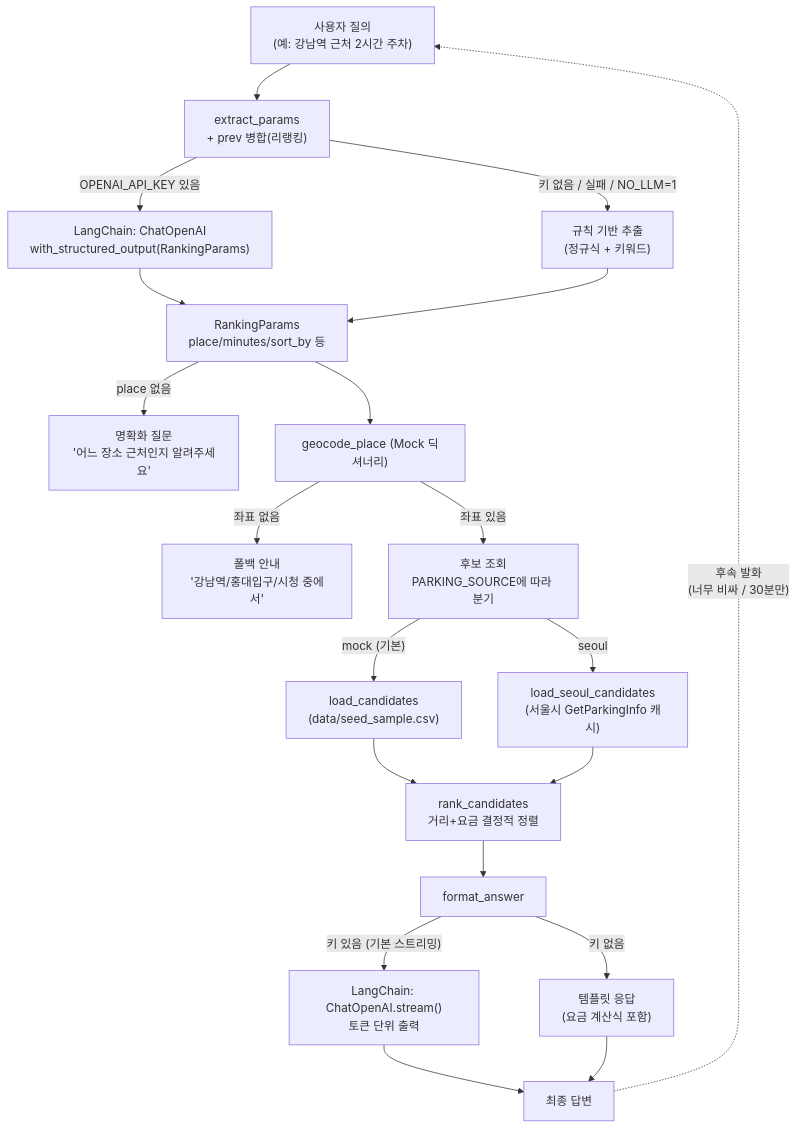
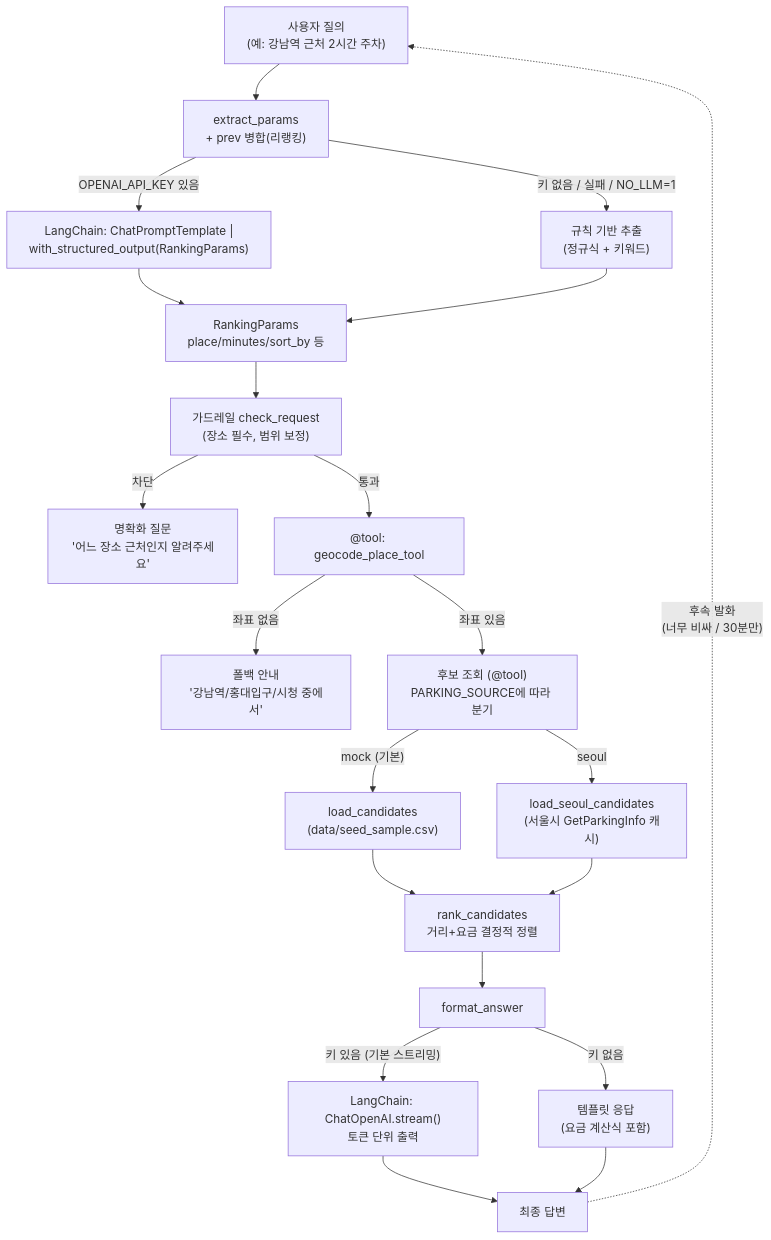
The diagram in README.md (P4NTENG/parking-agent), drawn with Mermaid before and after one commit. The commit also changed other lines of this file and 7 other files, not shown here.

````diff
--- a/README.md
+++ b/README.md
@@ -19,22 +19,23 @@
 ```mermaid
 flowchart TD
     U["사용자 질의\n(예: 강남역 근처 2시간 주차)"] --> E["extract_params\n+ prev 병합(리랭킹)"]
-    E -->|"OPENAI_API_KEY 있음"| L1["LangChain: ChatOpenAI\nwith_structured_output(RankingParams)"]
+    E -->|"OPENAI_API_KEY 있음"| L1["LangChain: ChatPromptTemplate |\nwith_structured_output(RankingParams)"]
     E -->|"키 없음 / 실패 / NO_LLM=1"| R1["규칙 기반 추출\n(정규식 + 키워드)"]
     L1 --> P["RankingParams\nplace/minutes/sort_by 등"]
     R1 --> P
-    P -->|"place 없음"| C1["명확화 질문\n'어느 장소 근처인지 알려주세요'"]
-    P --> G["geocode_place (Mock 딕셔너리)"]
+    P --> G0["가드레일 check_request\n(장소 필수, 범위 보정)"]
+    G0 -->|"차단"| C1["명확화 질문\n'어느 장소 근처인지 알려주세요'"]
+    G0 -->|"통과"| G["@tool: geocode_place_tool"]
     G -->|"좌표 없음"| C2["폴백 안내\n'강남역/홍대입구/시청 중에서'"]
-    G -->|"좌표 있음"| D["후보 조회\nPARKING_SOURCE에 따라 분기"]
+    G -->|"좌표 있음"| D["후보 조회 (@tool)\nPARKING_SOURCE에 따라 분기"]
     D -->|"mock (기본)"| D1["load_candidates\n(data/seed_sample.csv)"]
     D -->|"seoul"| D2["load_seoul_candidates\n(서울시 GetParkingInfo 캐시)"]
     D1 --> K["rank_candidates\n거리+요금 결정적 정렬"]
     D2 --> K
     K --> F["format_answer"]
     F -->|"키 있음 (기본 스트리밍)"| L2["LangChain: ChatOpenAI.stream()\n토큰 단위 출력"]
     F -->|"키 없음"| T["템플릿 응답\n(요금 계산식 포함)"]
     L2 --> A["최종 답변"]
     T --> A
     A -.->|"후속 발화\n(너무 비싸 / 30분만)"| U
 ```
````
